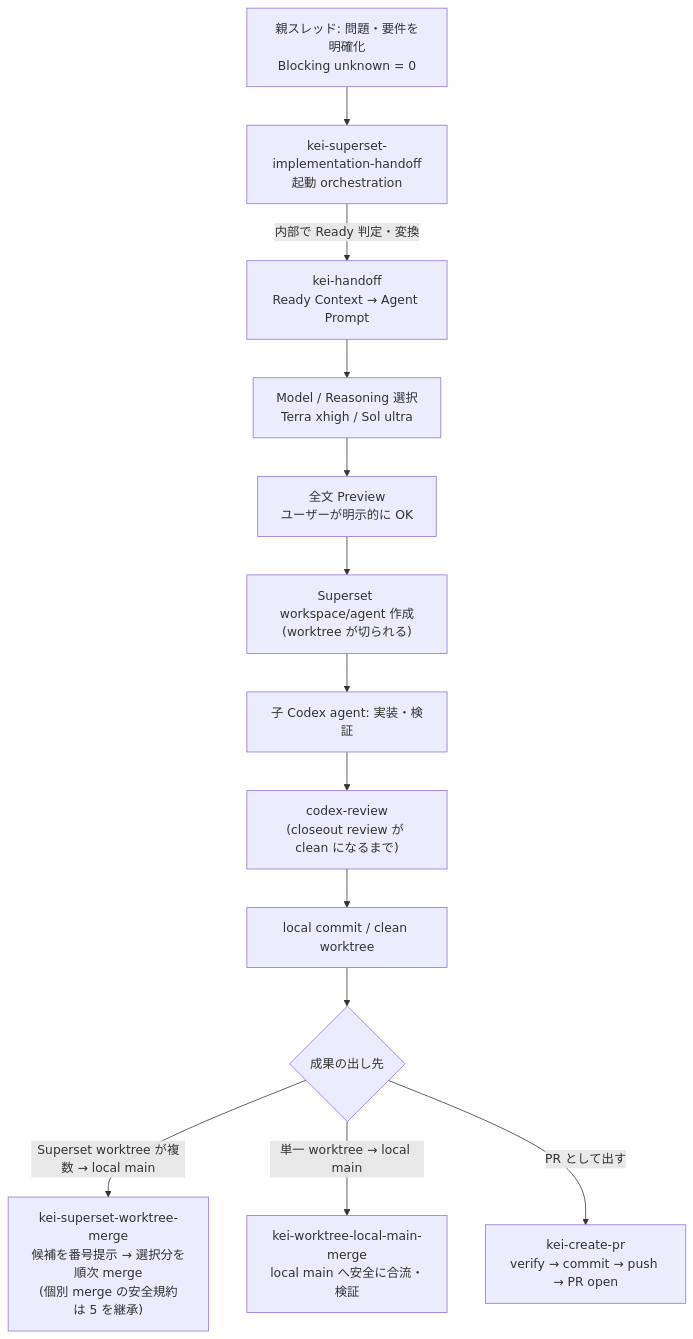
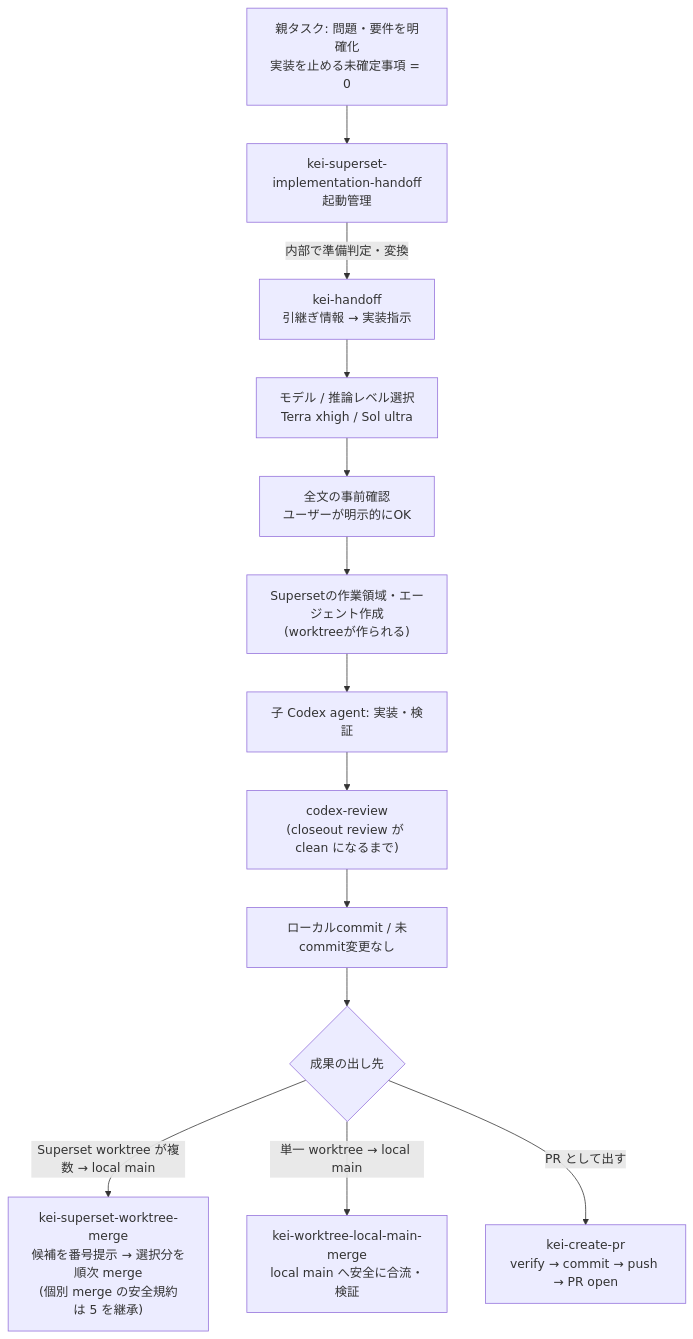
The diagram in README.md (kei-prog/superset-handoff-flow), drawn with Mermaid before and after one commit. The commit also changed other lines of this file and 4 other files, not shown here.

Commit message:
refactor: present handoff flow in clear Japanese

````diff
--- a/README.md
+++ b/README.md
@@ -9,15 +9,15 @@
 ```mermaid
 flowchart TD
-    A["親スレッド: 問題・要件を明確化<br/>Blocking unknown = 0"] --> B["kei-superset-implementation-handoff<br/>起動 orchestration"]
-    B -->|内部で Ready 判定・変換| C["kei-handoff<br/>Ready Context → Agent Prompt"]
-    C --> M["Model / Reasoning 選択<br/>Terra xhigh / Sol ultra"]
-    M --> P["全文 Preview<br/>ユーザーが明示的に OK"]
-    P --> D["Superset workspace/agent 作成<br/>(worktree が切られる)"]
+    A["親タスク: 問題・要件を明確化<br/>実装を止める未確定事項 = 0"] --> B["kei-superset-implementation-handoff<br/>起動管理"]
+    B -->|内部で準備判定・変換| C["kei-handoff<br/>引継ぎ情報 → 実装指示"]
+    C --> M["モデル / 推論レベル選択<br/>Terra xhigh / Sol ultra"]
+    M --> P["全文の事前確認<br/>ユーザーが明示的にOK"]
+    P --> D["Supersetの作業領域・エージェント作成<br/>(worktreeが作られる)"]
     D --> E["子 Codex agent: 実装・検証"]
     E --> F["codex-review<br/>(closeout review が clean になるまで)"]
-    F --> G["local commit / clean worktree"]
+    F --> G["ローカルcommit / 未commit変更なし"]
     G --> H{成果の出し先}
     H -->|Superset worktree が複数 → local main| I["kei-superset-worktree-merge<br/>候補を番号提示 → 選択分を順次 merge<br/>(個別 merge の安全規約は 5 を継承)"]
     H -->|単一 worktree → local main| J["kei-worktree-local-main-merge<br/>local main へ安全に合流・検証"]
     H -->|PR として出す| K["kei-create-pr<br/>verify → commit → push → PR open"]
 ```
````
